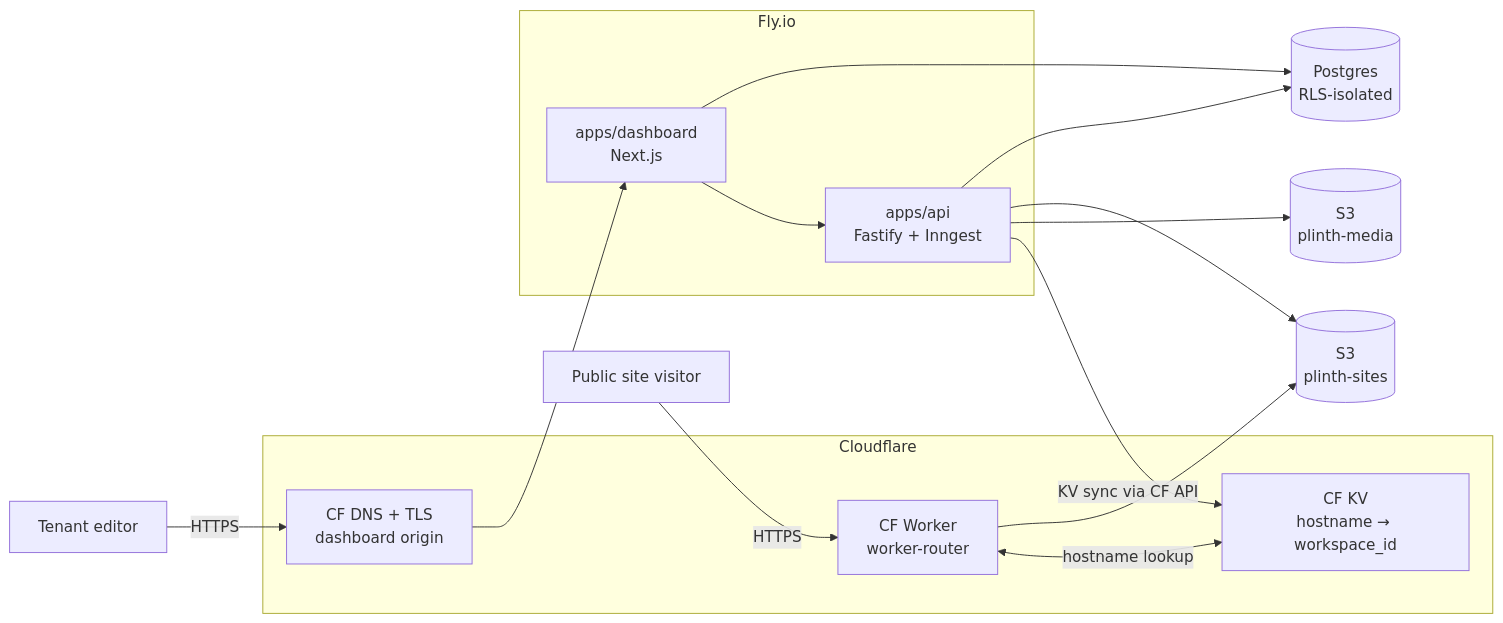
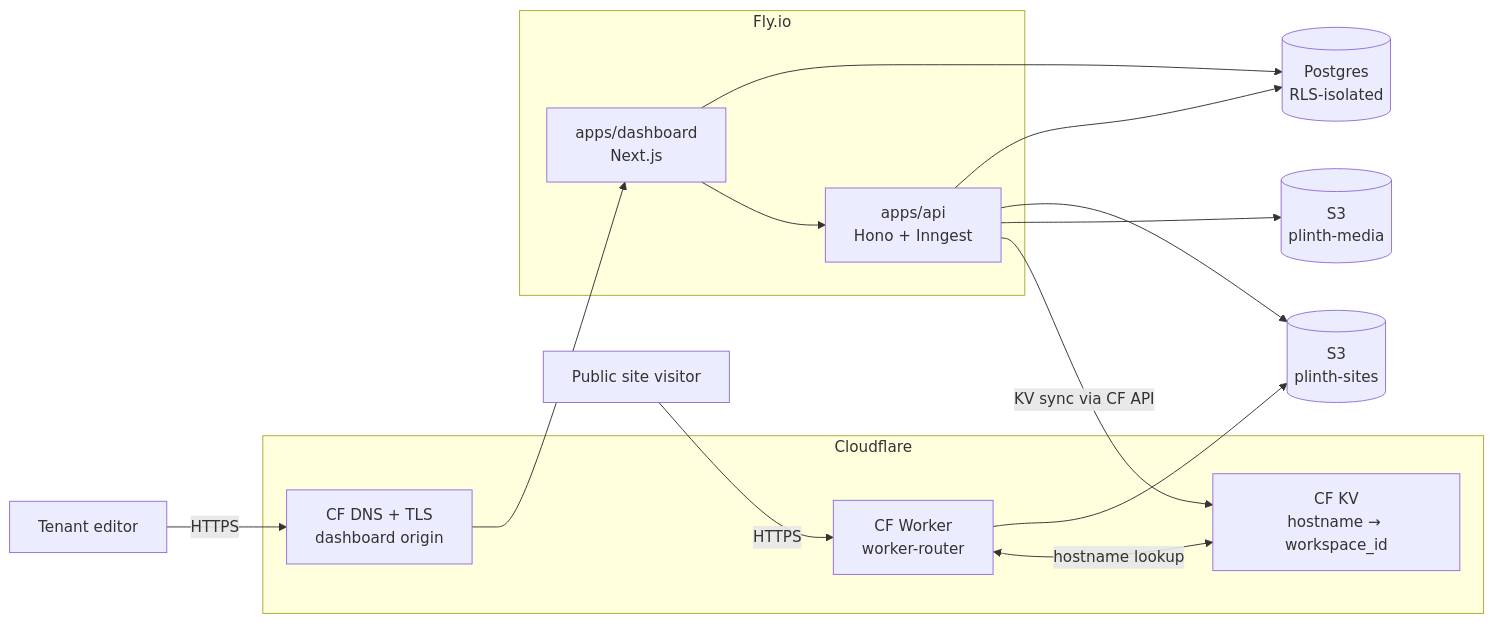
One commit to farulivan/plinth changed the first of 5 diagrams in ARCHITECTURE.md. Above: the diagram before and after it, drawn with Mermaid. The commit also changed other lines of this file and 5 other files, not shown here.

First line of the commit message:
docs: update references from Lucia/Fastify to Better Auth/Hono

````diff
--- a/ARCHITECTURE.md
+++ b/ARCHITECTURE.md
@@ -9,31 +9,31 @@
 ```mermaid
 graph LR
     user[Tenant editor]
     public[Public site visitor]
 
     subgraph Cloudflare
       cf_dash[CF DNS + TLS<br/>dashboard origin]
       cf_sites[CF Worker<br/>worker-router]
       cf_kv[CF KV<br/>hostname → workspace_id]
     end
 
     subgraph Fly.io
       dash[apps/dashboard<br/>Next.js]
-      api[apps/api<br/>Fastify + Inngest]
+      api[apps/api<br/>Hono + Inngest]
     end
 
     pg[(Postgres<br/>RLS-isolated)]
     s3_sites[(S3<br/>plinth-sites)]
     s3_media[(S3<br/>plinth-media)]
 
     user -->|HTTPS| cf_dash --> dash
     public -->|HTTPS| cf_sites --> s3_sites
     cf_sites <-->|hostname lookup| cf_kv
 
     dash --> pg
     dash --> api
     api --> pg
     api --> s3_sites
     api --> s3_media
     api -->|KV sync via CF API| cf_kv
 ```
````
